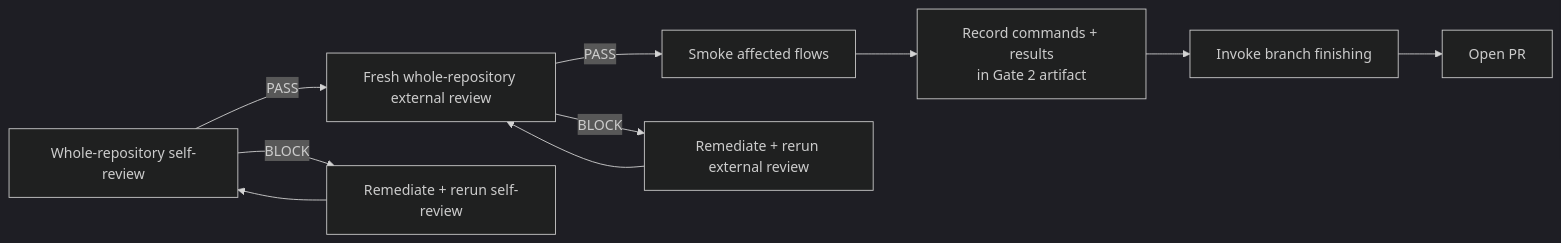
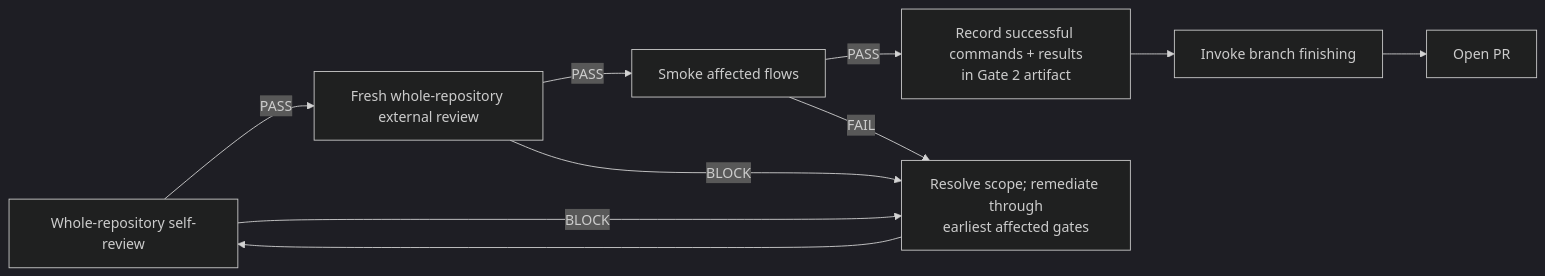
The fifth of 7 diagrams in ARCHITECTURE.md (midris/disciplined-development-skills), drawn with Mermaid (dark theme) before and after one commit. The commit also changed other lines of this file and 90 other files, not shown here.

````diff
--- a/ARCHITECTURE.md
+++ b/ARCHITECTURE.md
@@ -213,10 +215,11 @@
 ```mermaid
 flowchart LR
     S["Whole-repository self-review"] -->|"PASS"| E["Fresh whole-repository external review"]
     E -->|"PASS"| M["Smoke affected flows"]
-    M --> A["Record commands + results<br/>in Gate 2 artifact"]
+    M -->|"PASS"| A["Record successful commands + results<br/>in Gate 2 artifact"]
     A --> F["Invoke branch finishing"]
     F --> P["Open PR"]
-    S -->|"BLOCK"| R1["Remediate + rerun self-review"] --> S
-    E -->|"BLOCK"| R2["Remediate + rerun external review"] --> E
+    S -->|"BLOCK"| R["Resolve scope; remediate through<br/>earliest affected gates"] --> S
+    E -->|"BLOCK"| R
+    M -->|"FAIL"| R
 ```
````
